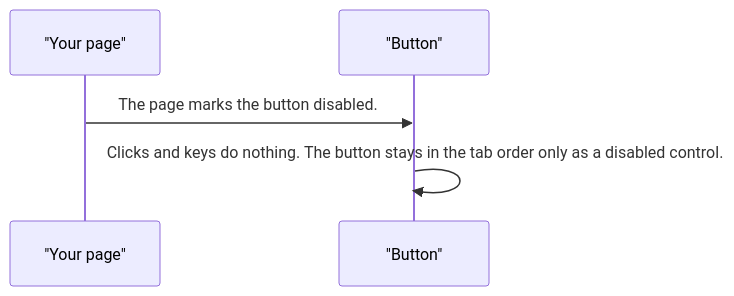
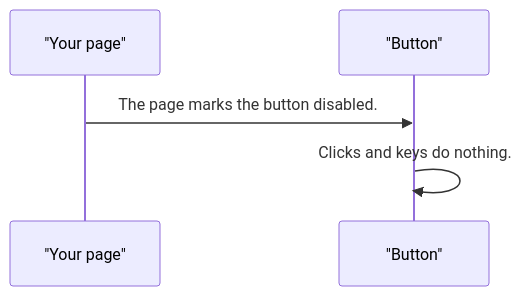
Before and after one commit to RajshekharBorate/pixel-ui: the third of 8 diagrams in projects/pixel-ui/src/lib/pixel-button/DESIGN.md, drawn with Mermaid. The commit also changed other lines of this file and 80 other files, not shown here.

Commit message:
Fill missing design flows and correct the stories that did not match component behavior.

````diff
--- a/projects/pixel-ui/src/lib/pixel-button/DESIGN.md
+++ b/projects/pixel-ui/src/lib/pixel-button/DESIGN.md
@@ -86,7 +92,7 @@
 ```mermaid
 sequenceDiagram
   participant page as "Your page"
   participant button as "Button"
   page->>button: The page marks the button disabled.
-  button->>button: Clicks and keys do nothing. The button stays in the tab order only as a disabled control.
+  button->>button: Clicks and keys do nothing.
 ```
````
